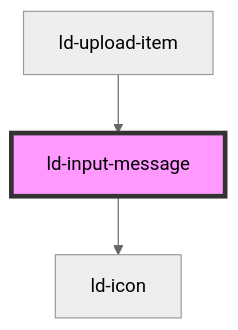
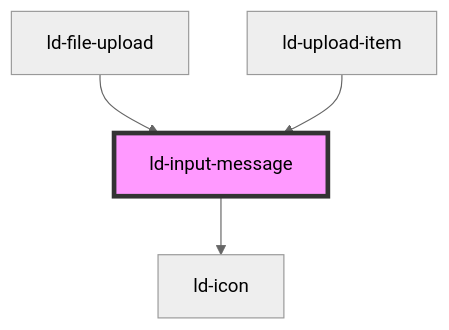
The diagram in src/liquid/components/ld-input-message/readme.md (emdgroup-liquid/liquid), drawn with Mermaid (neutral theme) before and after one commit. The commit also changed other lines of this file and 11 other files, not shown here.

````diff
--- a/src/liquid/components/ld-input-message/readme.md
+++ b/src/liquid/components/ld-input-message/readme.md
@@ -123,6 +124,7 @@
 ```mermaid
 graph TD;
   ld-input-message --> ld-icon
+  ld-file-upload --> ld-input-message
   ld-upload-item --> ld-input-message
   style ld-input-message fill:#f9f,stroke:#333,stroke-width:4px
 ```
````
